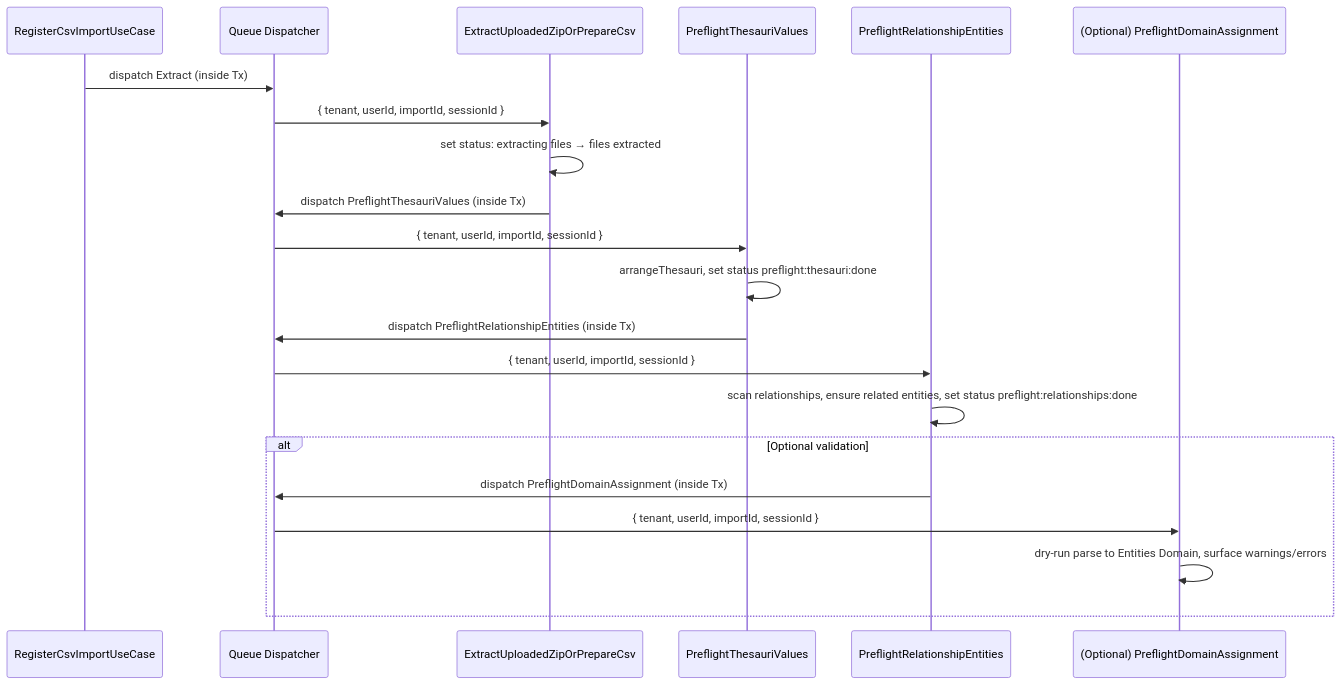
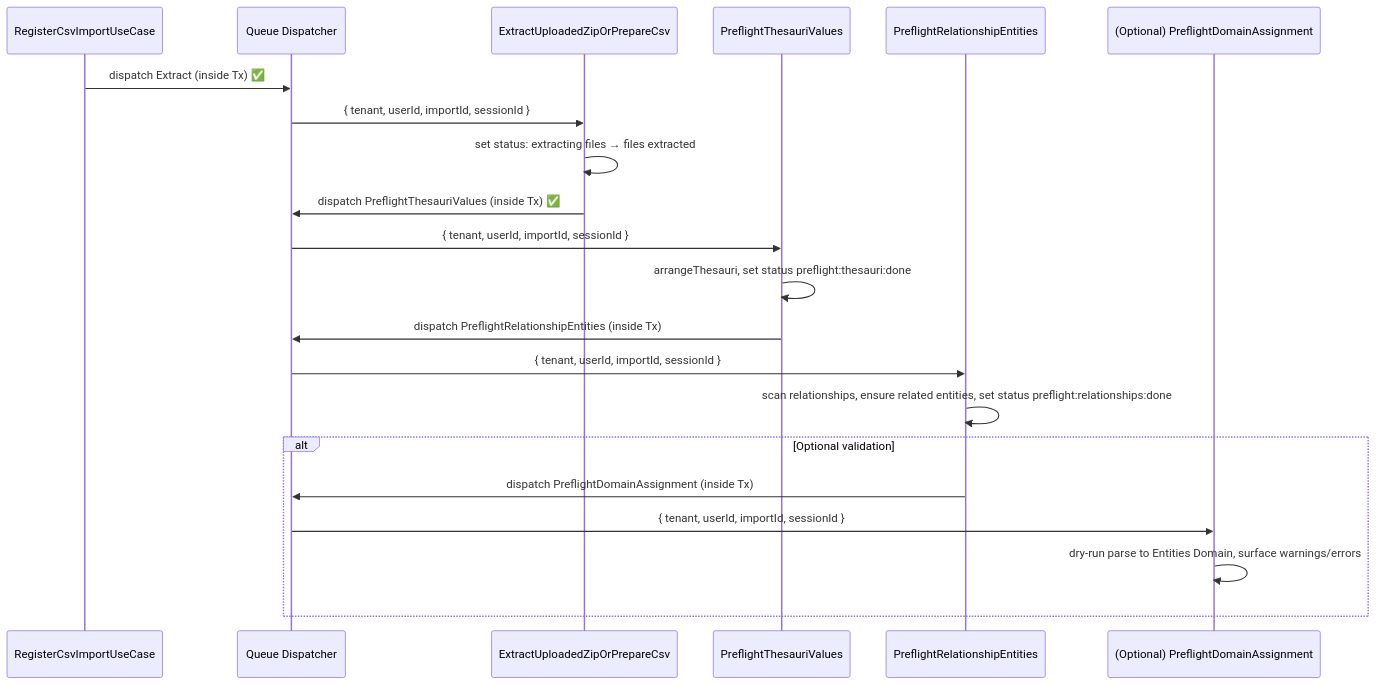
One commit to huridocs/uwazi changed the third of 3 diagrams in AI Contexts/CSV/csv-v2-context-03.md. Above: the diagram before and after it, drawn with Mermaid. The commit also changed other lines of this file and 1 other file, not shown here.

Commit message:
Updated ToDos

````diff
--- a/AI Contexts/CSV/csv-v2-context-03.md
+++ b/AI Contexts/CSV/csv-v2-context-03.md
@@ -192,24 +192,24 @@
 ```mermaid
 sequenceDiagram
   participant R as RegisterCsvImportUseCase
   participant Q as Queue Dispatcher
   participant J1 as ExtractUploadedZipOrPrepareCsv
   participant J2 as PreflightThesauriValues
   participant J3 as PreflightRelationshipEntities
   participant J4 as (Optional) PreflightDomainAssignment
 
-  R->>Q: dispatch Extract (inside Tx)
+  R->>Q: dispatch Extract (inside Tx) ✅
   Q->>J1: { tenant, userId, importId, sessionId }
   J1->>J1: set status: extracting files → files extracted
-  J1->>Q: dispatch PreflightThesauriValues (inside Tx)
+  J1->>Q: dispatch PreflightThesauriValues (inside Tx) ✅
   Q->>J2: { tenant, userId, importId, sessionId }
   J2->>J2: arrangeThesauri, set status preflight:thesauri:done
   J2->>Q: dispatch PreflightRelationshipEntities (inside Tx)
   Q->>J3: { tenant, userId, importId, sessionId }
   J3->>J3: scan relationships, ensure related entities, set status preflight:relationships:done
   alt Optional validation
     J3->>Q: dispatch PreflightDomainAssignment (inside Tx)
     Q->>J4: { tenant, userId, importId, sessionId }
     J4->>J4: dry-run parse to Entities Domain, surface warnings/errors
   end
 ```
````
